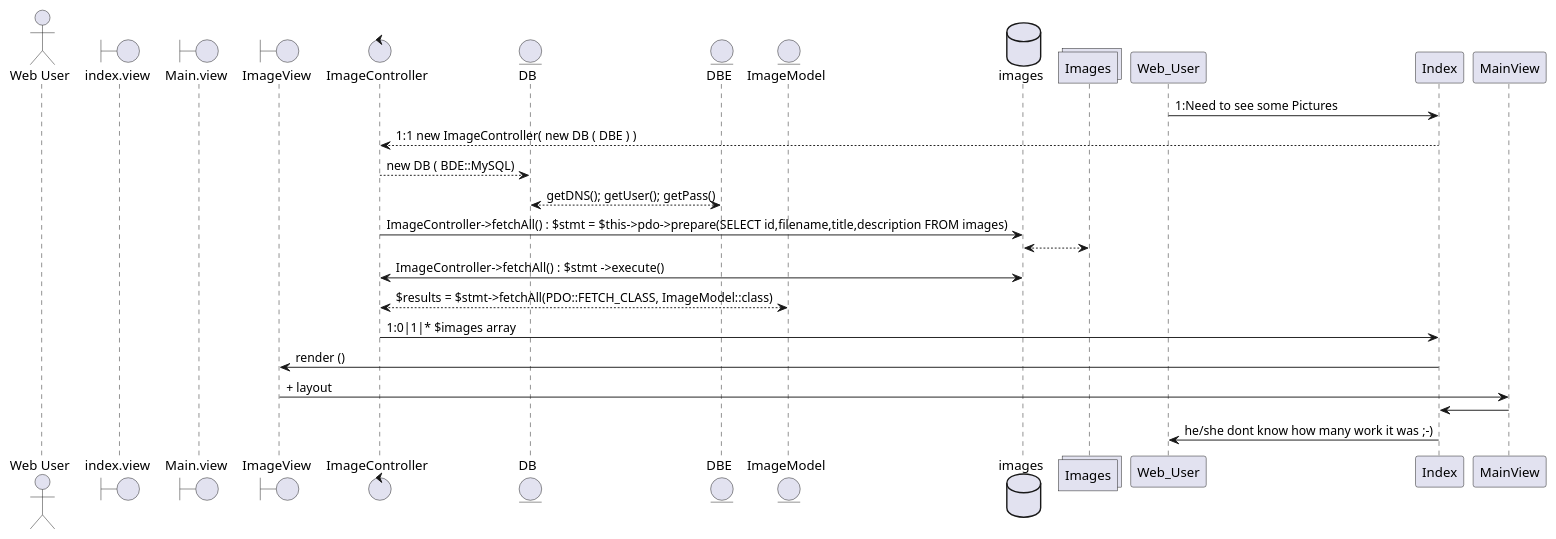
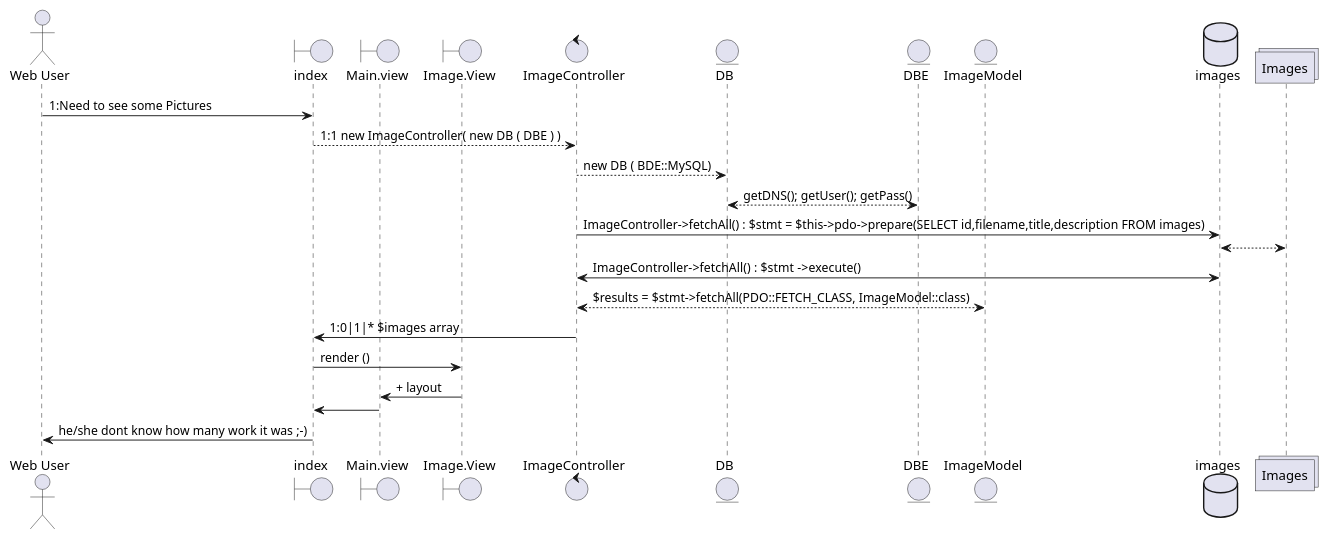
One commit to tonisun/Cologne-Picture-Gallery changed the diagram in out/doc/mvc_seq_dia.plantuml. Above: the diagram before and after it, drawn with PlantUML. The commit also changed 4 other files, not shown here.

```diff
--- a/out/doc/mvc_seq_dia.plantuml
+++ b/out/doc/mvc_seq_dia.plantuml
@@ -1,37 +1,37 @@
 @startuml
-actor "Web User"
-boundary "index.view"
-boundary "Main.view"
-boundary "ImageView"
-control "ImageController"
+actor "Web User" as WU
+boundary "index" as i
+boundary "Main.view" as Mv
+boundary "Image.View" as IV
+control "ImageController" as IC
 entity DB
 entity DBE
 entity ImageModel
 database images
 collections Images
-Web_User -> Index: 1:Need to see some Pictures
+WU -> i: 1:Need to see some Pictures
 
-Index -->ImageController: 1:1 new ImageController( new DB ( DBE ) ) 
+i --> IC: 1:1 new ImageController( new DB ( DBE ) ) 
 
-ImageController --> DB : new DB ( BDE::MySQL)
+IC --> DB : new DB ( BDE::MySQL)
 
 DBE <--> DB: getDNS(); getUser(); getPass()
 
-ImageController -> images: ImageController->fetchAll() : $stmt = $this->pdo->prepare(SELECT id,filename,title,description FROM images)
+IC -> images: ImageController->fetchAll() : $stmt = $this->pdo->prepare(SELECT id,filename,title,description FROM images)
 
 images <-->Images:
 
-images <-> ImageController: ImageController->fetchAll() :  $stmt ->execute() 
+images <-> IC: ImageController->fetchAll() :  $stmt ->execute() 
 
-ImageController <--> ImageModel : $results = $stmt->fetchAll(PDO::FETCH_CLASS, ImageModel::class)
+IC <--> ImageModel : $results = $stmt->fetchAll(PDO::FETCH_CLASS, ImageModel::class)
 
-ImageController -> Index : 1:0|1|* $images array
+IC -> i : 1:0|1|* $images array
 
-Index -> ImageView: render ()
+i -> IV: render ()
 
-ImageView -> MainView: + layout
+IV -> Mv: + layout
 
-MainView -> Index
+Mv -> i
 
-Index -> Web_User: he/she dont know how many work it was ;-)
+i -> WU: he/she dont know how many work it was ;-)
 @enduml
```
